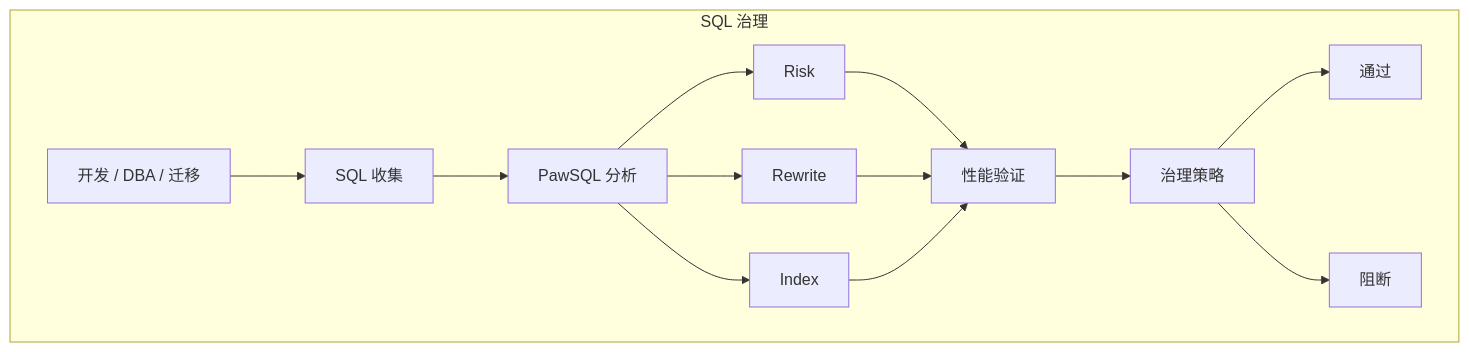
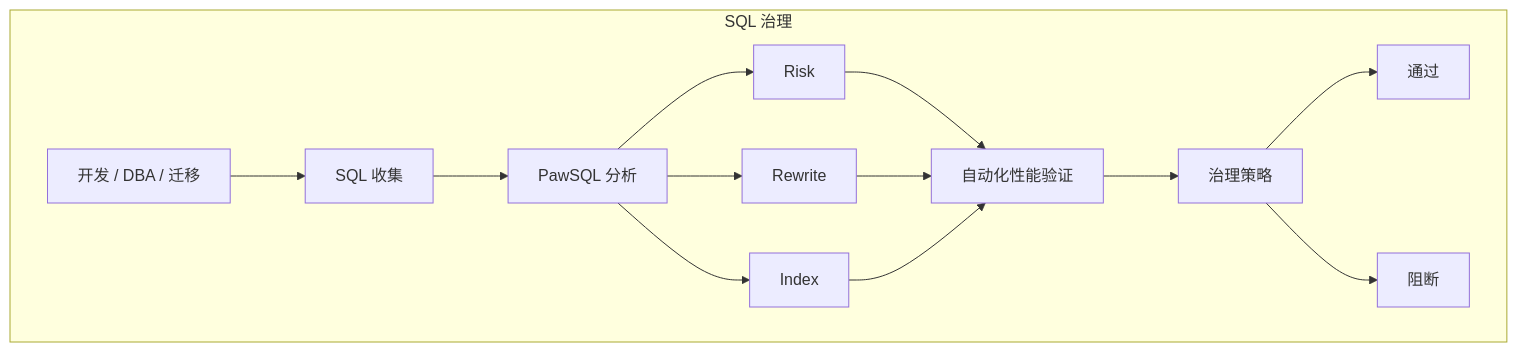
Before and after one commit to PawSQL/pawsql-docs-mantlify: the fourth of 6 diagrams in docs/features/index.mdx, drawn with Mermaid. The commit also changed other lines of this file and 143 other files, not shown here.

````diff
--- a/docs/features/index.mdx
+++ b/docs/features/index.mdx
@@ -200,16 +200,16 @@
 ```mermaid
 flowchart TD
   subgraph sgGov["SQL 治理"]
     A["开发 / DBA / 迁移"] --> B["SQL 收集"]
     B --> C["PawSQL 分析"]
     C --> D1["Risk"]
     C --> D2["Rewrite"]
     C --> D3["Index"]
-    D1 --> E["性能验证"]
+    D1 --> E["自动化性能验证"]
     D2 --> E
     D3 --> E
     E --> F["治理策略"]
     F --> G1["通过"]
     F --> G2["阻断"]
   end
 ```
````
